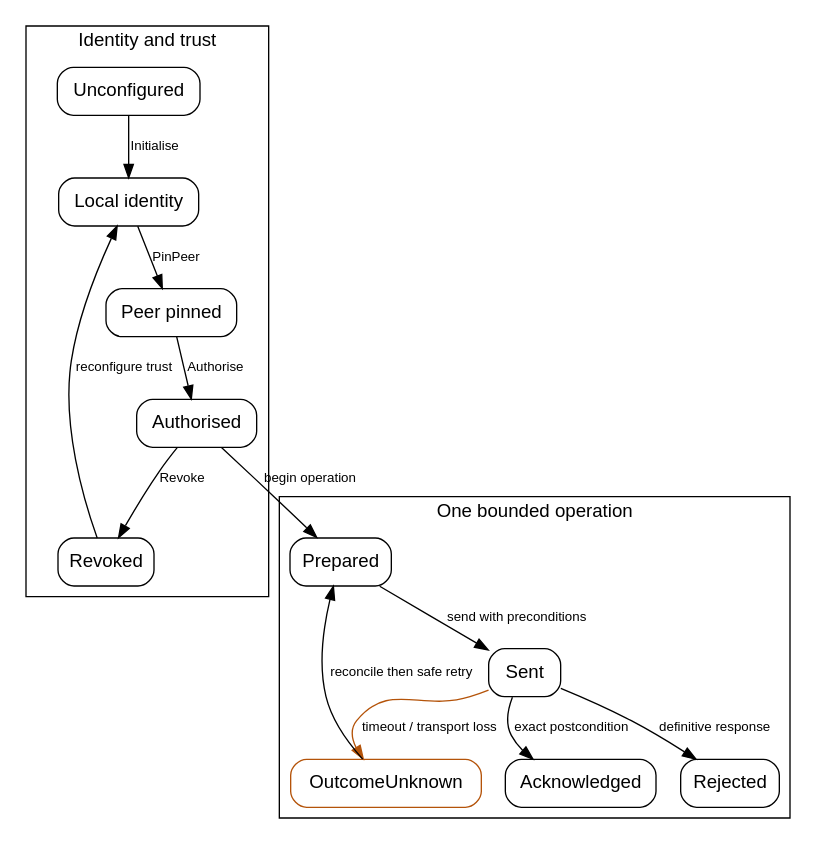
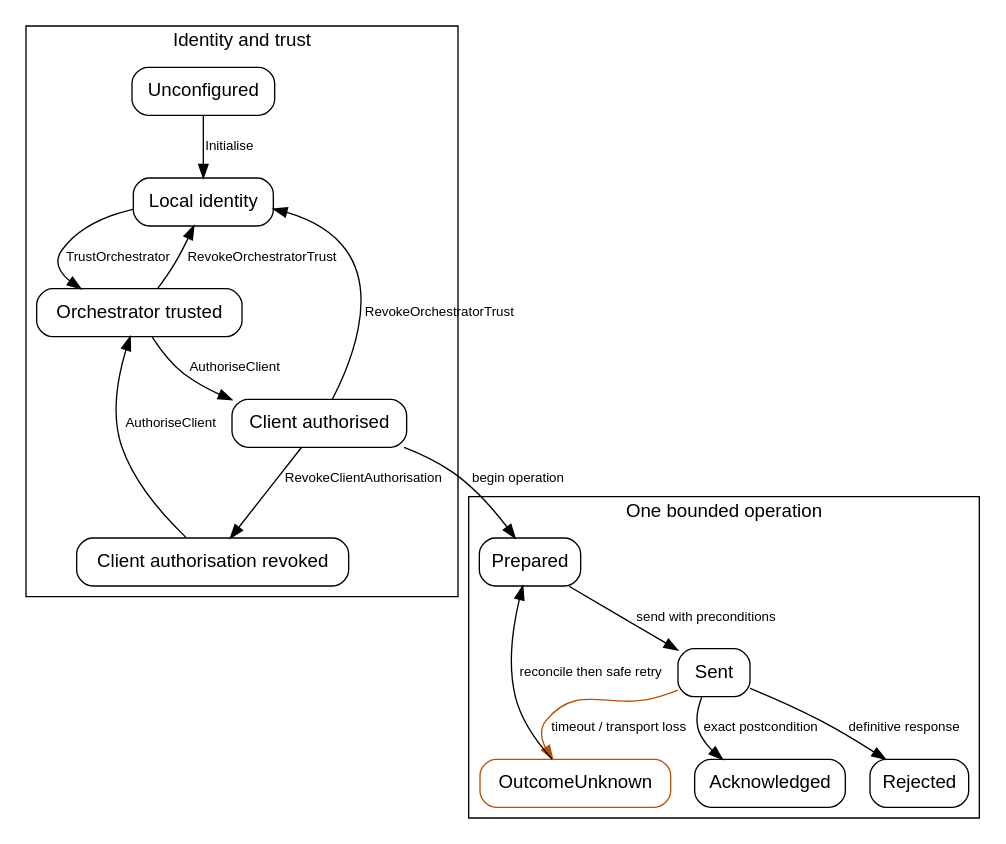
Before and after one commit to richiejp/vmjail: the diagram in docs/architecture/diagrams/client-lifecycle.dot, drawn with Graphviz. The commit also changed 4 other files, not shown here.

Commit message:
docs: clarify client controller trust

```diff
--- a/docs/architecture/diagrams/client-lifecycle.dot
+++ b/docs/architecture/diagrams/client-lifecycle.dot
@@ -1,32 +1,34 @@
 digraph client_lifecycle {
   graph [fontname="sans-serif", rankdir=TB];
   node [fontname="sans-serif", shape=box, style="rounded"];
   edge [fontname="sans-serif", fontsize=10];
   subgraph cluster_identity {
     label="Identity and trust";
     unconfigured [label="Unconfigured"];
     local [label="Local identity"];
-    pinned [label="Peer pinned"];
-    authorised [label="Authorised"];
-    revoked [label="Revoked"];
+    trusted [label="Orchestrator trusted"];
+    authorised [label="Client authorised"];
+    revoked [label="Client authorisation revoked"];
     unconfigured -> local [label="Initialise"];
-    local -> pinned [label="PinPeer"];
-    pinned -> authorised [label="Authorise"];
-    authorised -> revoked [label="Revoke"];
+    local -> trusted [label="TrustOrchestrator"];
+    trusted -> authorised [label="AuthoriseClient"];
+    trusted -> local [label="RevokeOrchestratorTrust"];
+    authorised -> local [label="RevokeOrchestratorTrust"];
+    authorised -> revoked [label="RevokeClientAuthorisation"];
+    revoked -> trusted [label="AuthoriseClient"];
   }
   subgraph cluster_operation {
     label="One bounded operation";
     prepared [label="Prepared"];
     sent [label="Sent"];
     acknowledged [label="Acknowledged"];
     outcome_unknown [label="OutcomeUnknown", color="#b45309"];
     rejected [label="Rejected"];
     prepared -> sent [label="send with preconditions"];
     sent -> acknowledged [label="exact postcondition"];
     sent -> outcome_unknown [label="timeout / transport loss", color="#b45309"];
     sent -> rejected [label="definitive response"];
     outcome_unknown -> prepared [label="reconcile then safe retry"];
   }
   authorised -> prepared [label="begin operation"];
-  revoked -> local [label="reconfigure trust"];
 }
```
